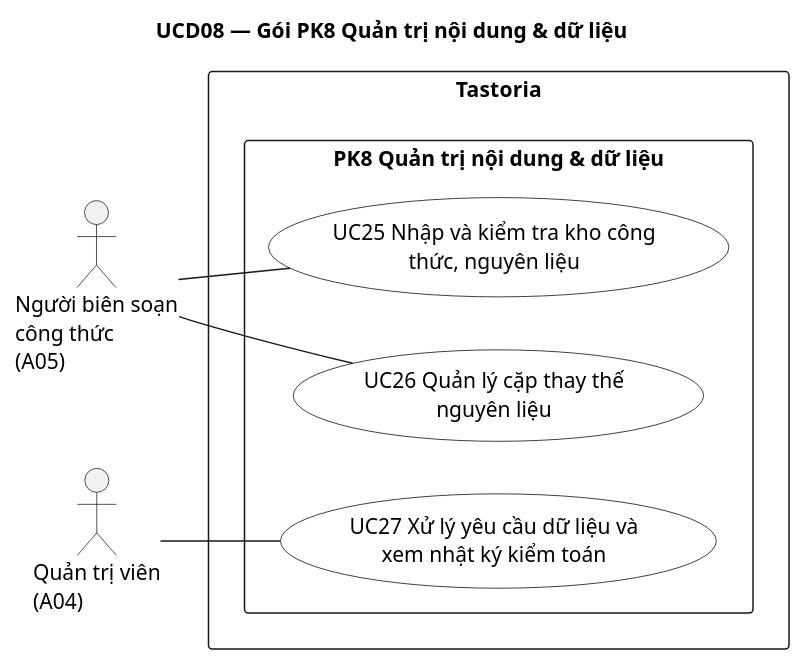
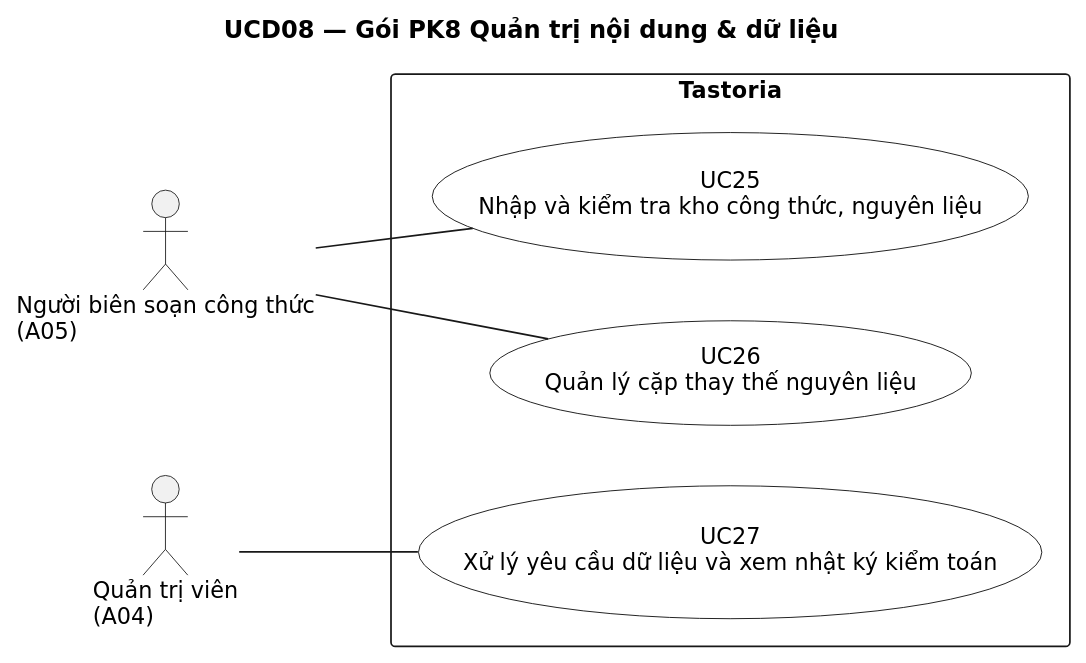
The diagram in docs/uml/usecase/UCD08-quan-tri-noi-dung-du-lieu.puml (NamBuw/Tastoria), drawn with PlantUML before and after one commit. The commit also changed 484 other files, not shown here.

First line of the commit message:
docs: split UML and ERD diagrams into one-topic views from a single model

```diff
--- a/docs/uml/usecase/UCD08-quan-tri-noi-dung-du-lieu.puml
+++ b/docs/uml/usecase/UCD08-quan-tri-noi-dung-du-lieu.puml
@@ -1,27 +1,28 @@
 @startuml
 title UCD08 — Gói PK8 Quản trị nội dung & dữ liệu
-' Sinh từ docs/sad/model.yaml (actors, use_cases, rels). Không sửa tay mã định danh.
+' Sinh từ docs/sad/tools/diagrams/model.py — sửa ở đó rồi chạy gen_puml.py, không sửa tay.
+skinparam shadowing false
+skinparam defaultFontName DejaVu Sans
+skinparam defaultFontSize 13
+skinparam dpi 110
+
 left to right direction
 skinparam packageStyle rectangle
 skinparam actorStyle stick
 skinparam usecase {
   BackgroundColor White
   BorderColor Black
 }
 
-actor "Người biên soạn\ncông thức\n(A05)" as A05
+actor "Người biên soạn công thức\n(A05)" as A05
 actor "Quản trị viên\n(A04)" as A04
-
 rectangle "Tastoria" {
-  package "PK8 Quản trị nội dung & dữ liệu" as PK8 {
-    usecase "UC25 Nhập và kiểm tra kho công\nthức, nguyên liệu" as UC25
-    usecase "UC26 Quản lý cặp thay thế\nnguyên liệu" as UC26
-    usecase "UC27 Xử lý yêu cầu dữ liệu và\nxem nhật ký kiểm toán" as UC27
-  }
+  usecase "UC25\nNhập và kiểm tra kho công thức, nguyên liệu" as UC25
+  usecase "UC26\nQuản lý cặp thay thế nguyên liệu" as UC26
+  usecase "UC27\nXử lý yêu cầu dữ liệu và xem nhật ký kiểm toán" as UC27
 }
 
 A05 -- UC25
 A05 -- UC26
 A04 -- UC27
-
 @enduml
```
